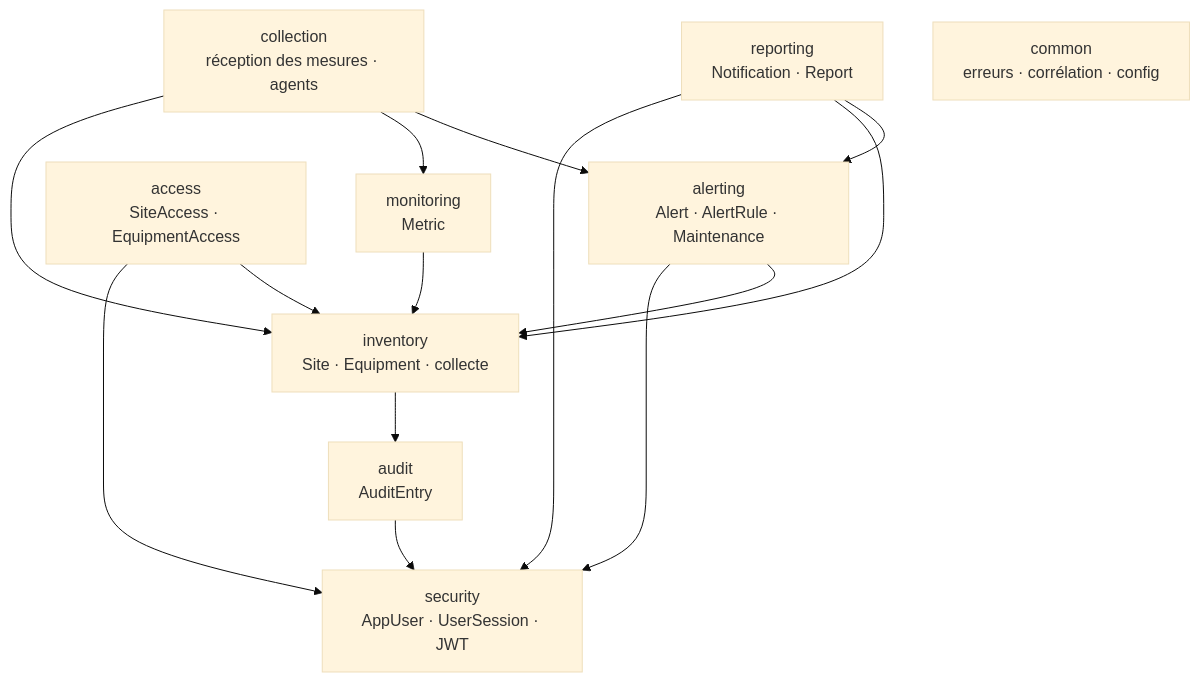
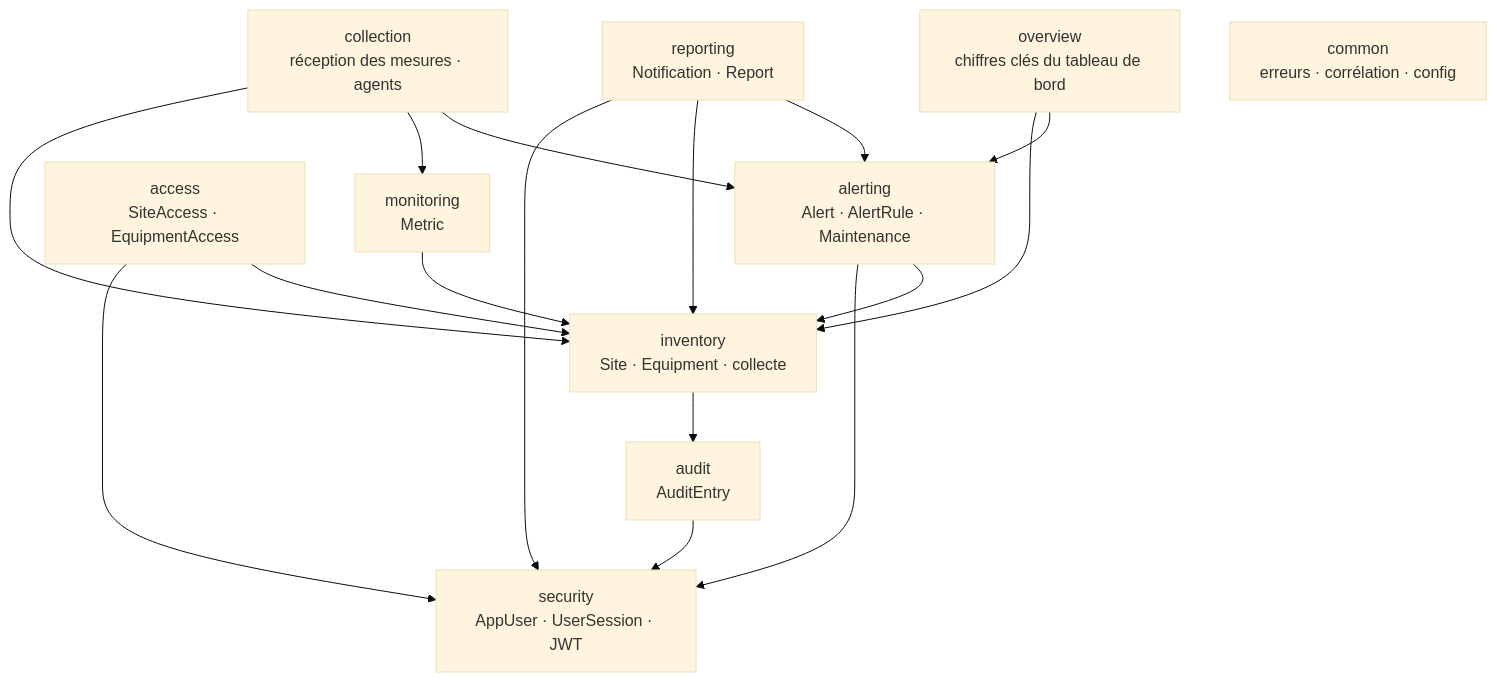
The fifth of 13 diagrams in docs/ARCHITECTURE-COMPLETE.md (boubacarsidibe/Trans-DIC1), drawn with Mermaid (base theme) before and after one commit. The commit also changed other lines of this file and 2 other files, not shown here.

Commit message:
docs: décrire les règles d'alerte, la vue d'ensemble et le tableau de bord

````diff
--- a/docs/ARCHITECTURE-COMPLETE.md
+++ b/docs/ARCHITECTURE-COMPLETE.md
@@ -198,26 +201,29 @@
 ```mermaid
 flowchart TD
     security["security<br/>AppUser · UserSession · JWT"]
     audit["audit<br/>AuditEntry"]
     inventory["inventory<br/>Site · Equipment · collecte"]
     monitoring["monitoring<br/>Metric"]
     access["access<br/>SiteAccess · EquipmentAccess"]
     alerting["alerting<br/>Alert · AlertRule · Maintenance"]
     reporting["reporting<br/>Notification · Report"]
     collection["collection<br/>réception des mesures · agents"]
+    overview["overview<br/>chiffres clés du tableau de bord"]
     common["common<br/>erreurs · corrélation · config"]
 
     audit --> security
     inventory --> audit
     monitoring --> inventory
     access --> security
     access --> inventory
     alerting --> security
     alerting --> inventory
     reporting --> security
     reporting --> inventory
     reporting --> alerting
     collection --> inventory
     collection --> monitoring
     collection --> alerting
+    overview --> inventory
+    overview --> alerting
 ```
````
